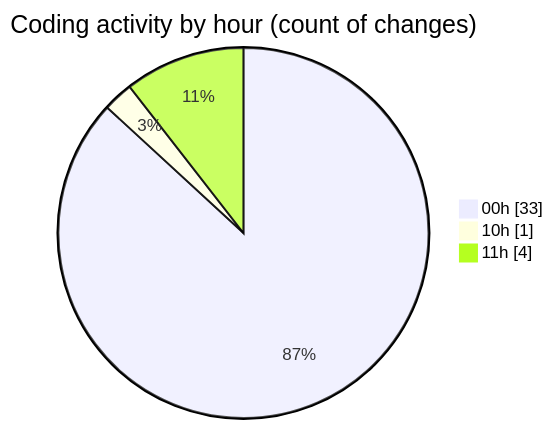
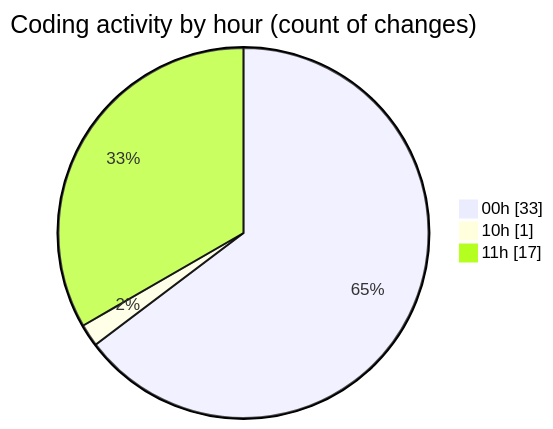
Before and after one commit to nxtqubesakshisongat/code-tracking: the second of 2 diagrams in 2025-08-10/nxtqube_webapp/README.md, drawn with Mermaid. The commit also changed other lines of this file and 1 other file, not shown here.

````diff
--- a/2025-08-10/nxtqube_webapp/README.md
+++ b/2025-08-10/nxtqube_webapp/README.md
@@ -29,7 +29,7 @@
 ```mermaid
 pie showData
 title Coding activity by hour (count of changes)
 "00h" : 33
 "10h" : 1
-"11h" : 4
+"11h" : 17
 ```
````
